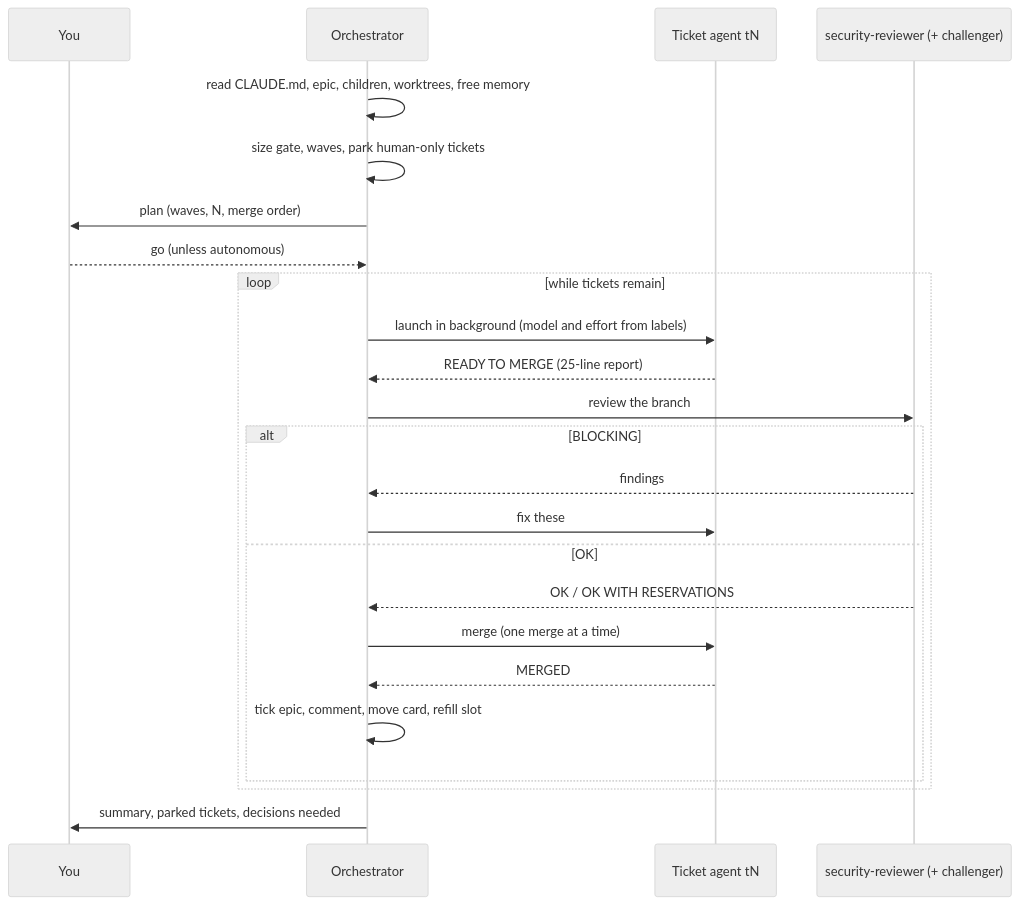
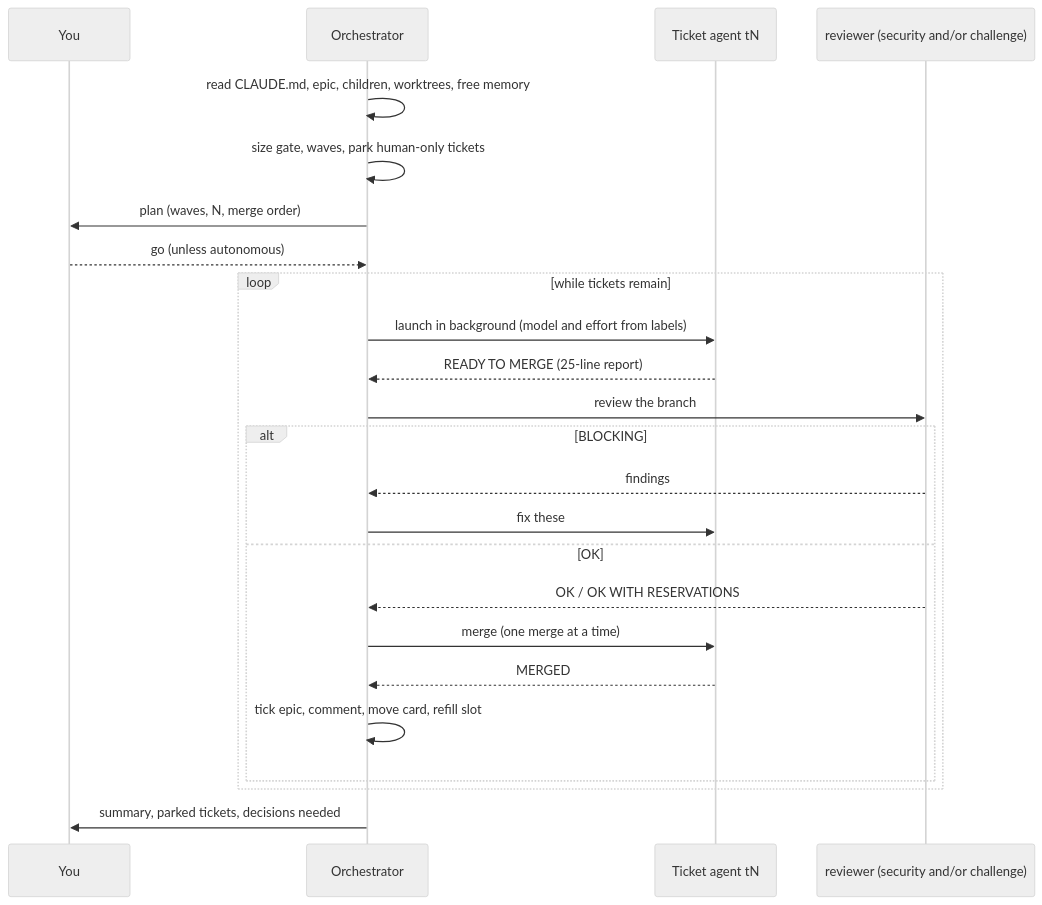
Before and after one commit to Xavier-Cliquennois/claude-ticket-flow: the diagram in docs/guides/running-an-epic.md, drawn with Mermaid (neutral theme). The commit also changed other lines of this file and 15 other files, not shown here.

First line of the commit message:
feat(ticket-flow): fusionne les revues en un agent reviewer, limite les re-passes et retire fable

````diff
--- a/docs/guides/running-an-epic.md
+++ b/docs/guides/running-an-epic.md
@@ -24,26 +24,26 @@
 ```mermaid
 sequenceDiagram
   participant U as You
   participant O as Orchestrator
   participant A as Ticket agent tN
-  participant R as security-reviewer (+ challenger)
+  participant R as reviewer (security and/or challenge)
   O->>O: read CLAUDE.md, epic, children, worktrees, free memory
   O->>O: size gate, waves, park human-only tickets
   O->>U: plan (waves, N, merge order)
   U-->>O: go (unless autonomous)
   loop while tickets remain
     O->>A: launch in background (model and effort from labels)
     A-->>O: READY TO MERGE (25-line report)
     O->>R: review the branch
     alt BLOCKING
       R-->>O: findings
       O->>A: fix these
     else OK
       R-->>O: OK / OK WITH RESERVATIONS
       O->>A: merge (one merge at a time)
       A-->>O: MERGED
       O->>O: tick epic, comment, move card, refill slot
     end
   end
   O->>U: summary, parked tickets, decisions needed
 ```
````
